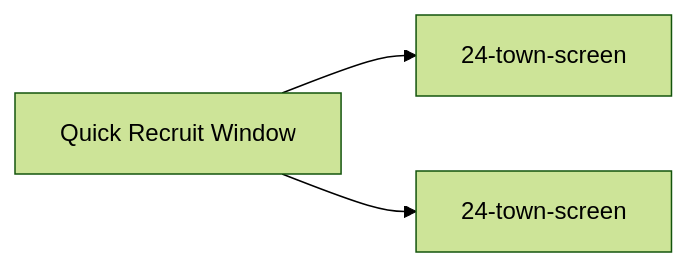
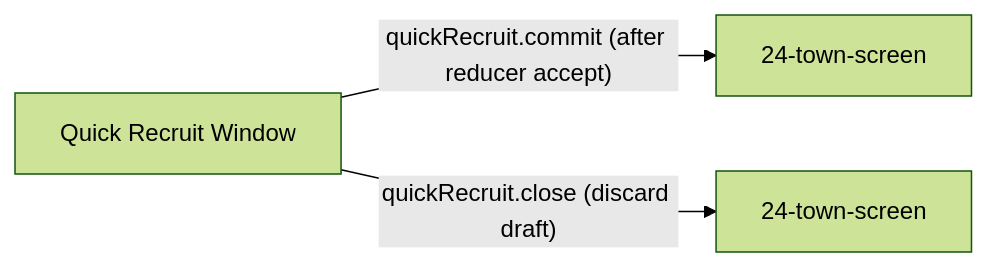
One commit to SunaNoOshiro/Heroes_Reforged_AI_Realms changed the fifth of 5 diagrams in docs/architecture/wiki/screens/37-quick-recruit-window/architecture.md. Above: the diagram before and after it, drawn with Mermaid (forest theme). The commit also changed other lines of this file and 518 other files, not shown here.

First line of the commit message:
Add doc-audit skill and sweep architecture/screen docs

````diff
--- a/docs/architecture/wiki/screens/37-quick-recruit-window/architecture.md
+++ b/docs/architecture/wiki/screens/37-quick-recruit-window/architecture.md
@@ -68,6 +70,6 @@
 ```mermaid
 flowchart LR
   Current["Quick Recruit Window"]
-  Current --> T0["24-town-screen"]
-  Current --> T1["24-town-screen"]
+  Current -->|"quickRecruit.commit (after reducer accept)"| T0["24-town-screen"]
+  Current -->|"quickRecruit.close (discard draft)"| T1["24-town-screen"]
 ```
````
